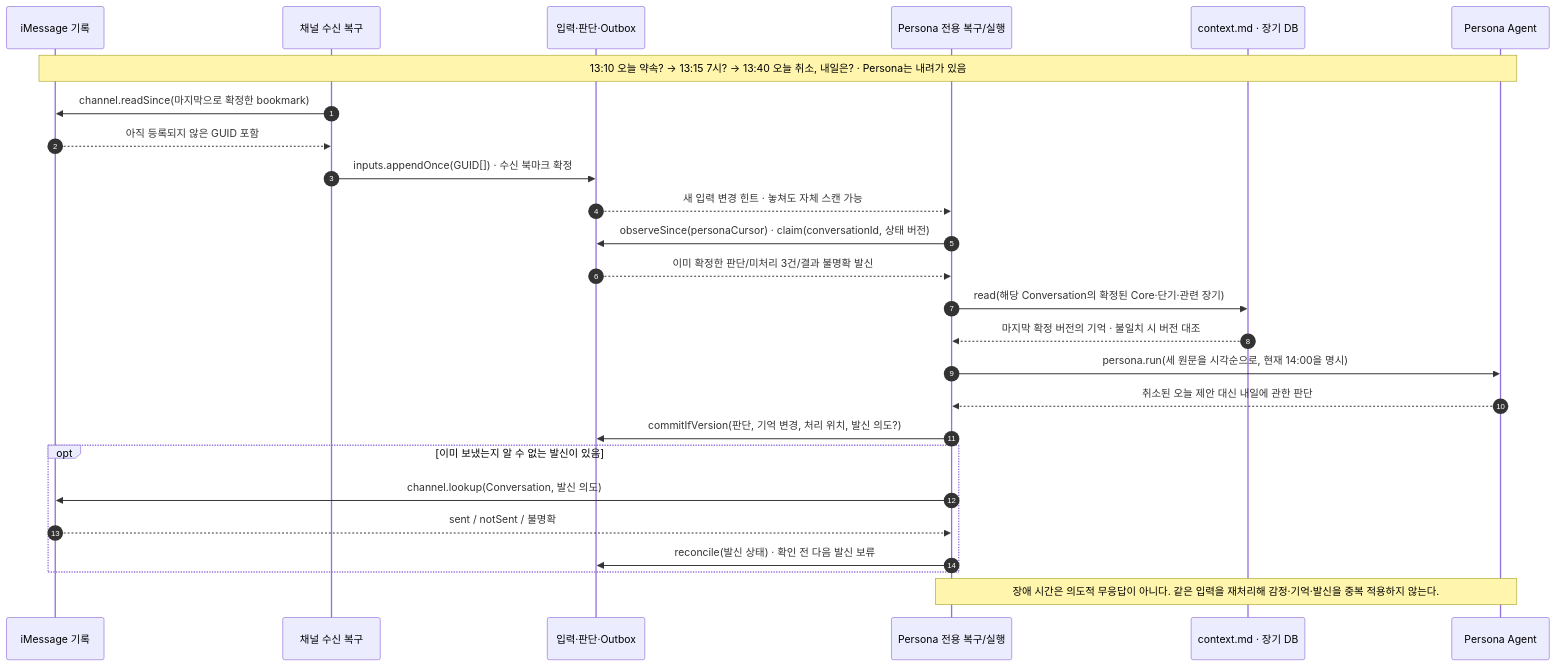
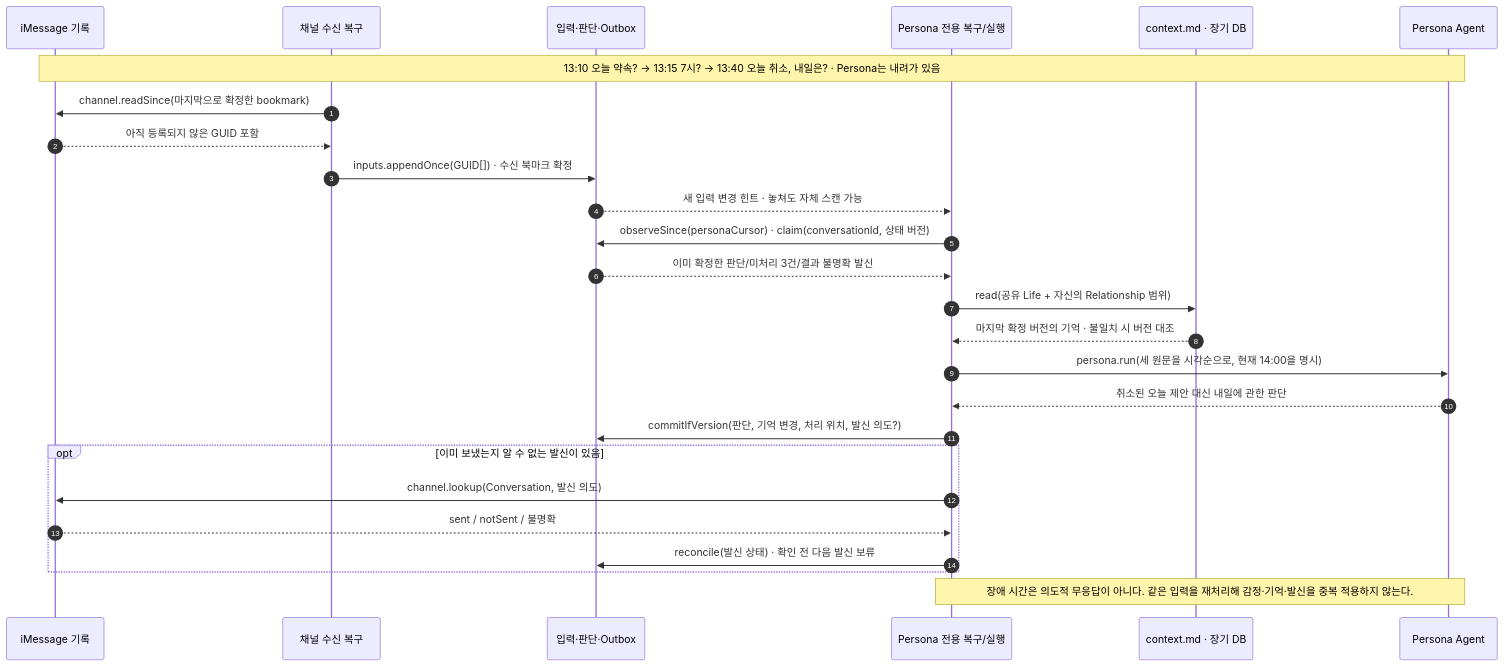
The sixth of 6 diagrams in docs/specs/agent-runtime-api-flow.md (hena-agent/ren-ai), drawn with Mermaid before and after one commit. The commit also changed other lines of this file and 186 other files, not shown here.

````diff
--- a/docs/specs/agent-runtime-api-flow.md
+++ b/docs/specs/agent-runtime-api-flow.md
@@ -209,29 +215,29 @@
 ```mermaid
 sequenceDiagram
     autonumber
     participant IM as iMessage 기록
     participant SYNC as 채널 수신 복구
     participant DB as 입력·판단·Outbox
     participant RUN as Persona 전용 복구/실행
     participant CTX as context.md · 장기 DB
     participant P as Persona Agent
 
     Note over IM,P: 13:10 오늘 약속? → 13:15 7시? → 13:40 오늘 취소, 내일은? · Persona는 내려가 있음
     SYNC->>IM: channel.readSince(마지막으로 확정한 bookmark)
     IM-->>SYNC: 아직 등록되지 않은 GUID 포함
     SYNC->>DB: inputs.appendOnce(GUID[]) · 수신 북마크 확정
     DB-->>RUN: 새 입력 변경 힌트 · 놓쳐도 자체 스캔 가능
     RUN->>DB: observeSince(personaCursor) · claim(conversationId, 상태 버전)
     DB-->>RUN: 이미 확정한 판단/미처리 3건/결과 불명확 발신
-    RUN->>CTX: read(해당 Conversation의 확정된 Core·단기·관련 장기)
+    RUN->>CTX: read(공유 Life + 자신의 Relationship 범위)
     CTX-->>RUN: 마지막 확정 버전의 기억 · 불일치 시 버전 대조
     RUN->>P: persona.run(세 원문을 시각순으로, 현재 14:00을 명시)
     P-->>RUN: 취소된 오늘 제안 대신 내일에 관한 판단
     RUN->>DB: commitIfVersion(판단, 기억 변경, 처리 위치, 발신 의도?)
     opt 이미 보냈는지 알 수 없는 발신이 있음
         RUN->>IM: channel.lookup(Conversation, 발신 의도)
         IM-->>RUN: sent / notSent / 불명확
         RUN->>DB: reconcile(발신 상태) · 확인 전 다음 발신 보류
     end
     Note over RUN,P: 장애 시간은 의도적 무응답이 아니다. 같은 입력을 재처리해 감정·기억·발신을 중복 적용하지 않는다.
 ```
````
